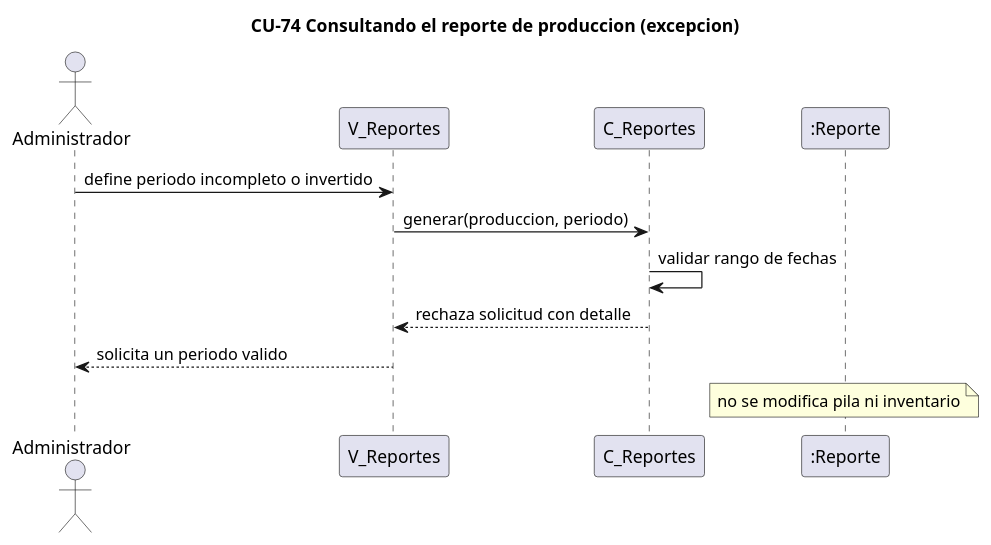
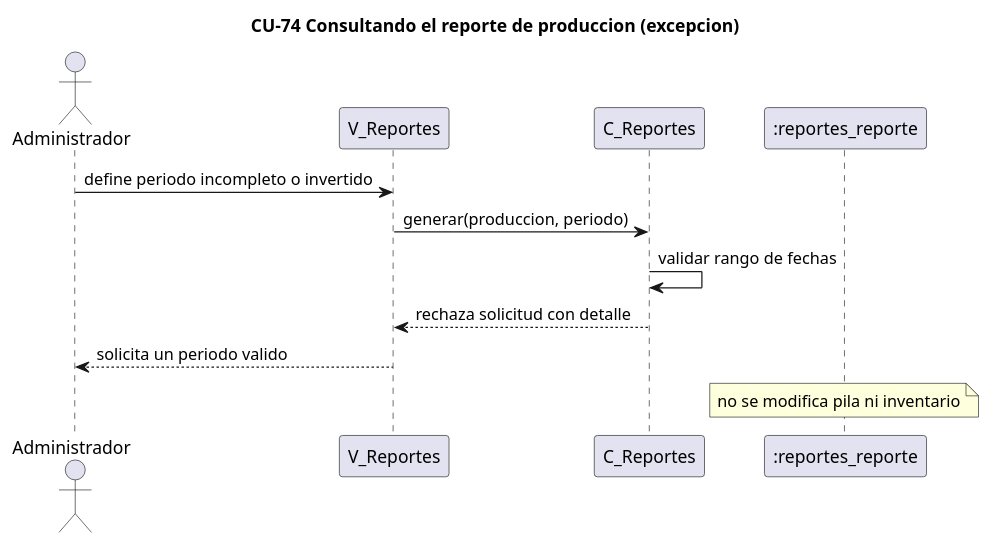
Before and after one commit to kenjikaese/Triverde: the diagram in docs/trabajo-grupal/diagramas/secuencias/cu74-reporte-produccion-excepcion.puml, drawn with PlantUML. The commit also changed 23 other files, not shown here.

```diff
--- a/docs/trabajo-grupal/diagramas/secuencias/cu74-reporte-produccion-excepcion.puml
+++ b/docs/trabajo-grupal/diagramas/secuencias/cu74-reporte-produccion-excepcion.puml
@@ -1,13 +1,13 @@
 @startuml cu74-reporte-produccion-excepcion
 title CU-74 Consultando el reporte de produccion (excepcion)
 actor Administrador
 participant "V_Reportes" as V
 participant "C_Reportes" as C
-participant ":Reporte" as REP
+participant ":reportes_reporte" as REP
 Administrador -> V : define periodo incompleto o invertido
 V -> C : generar(produccion, periodo)
 C -> C : validar rango de fechas
 C --> V : rechaza solicitud con detalle
 V --> Administrador : solicita un periodo valido
 note over REP : no se modifica pila ni inventario
 @enduml
```
